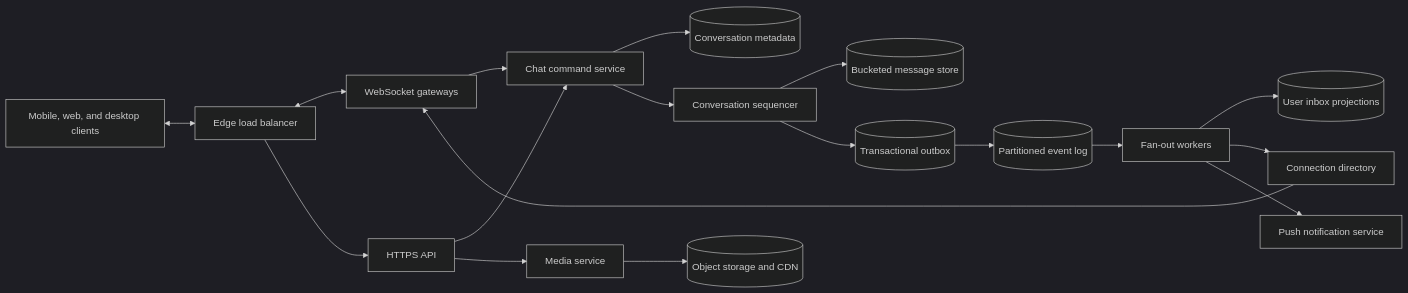
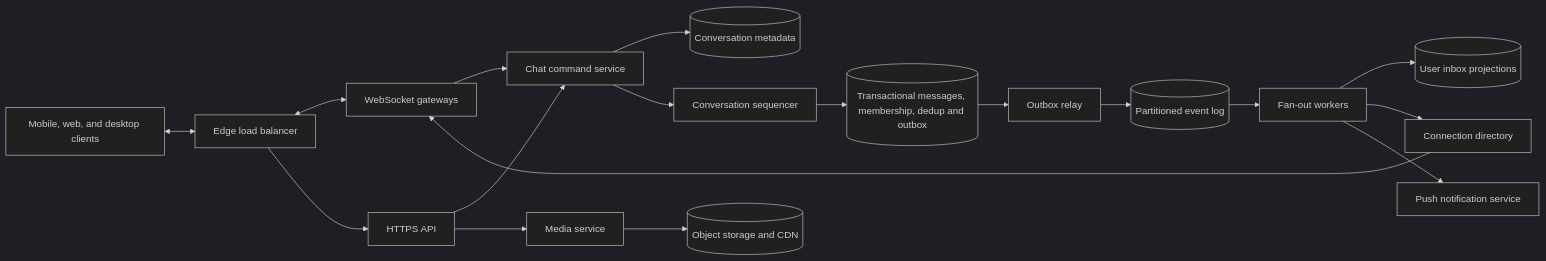
The second of 5 diagrams in chat-app-system-design.md (Pranshu258/system-design), drawn with Mermaid (dark theme) before and after one commit. The commit also changed other lines of this file and 23 other files, not shown here.

````diff
--- a/chat-app-system-design.md
+++ b/chat-app-system-design.md
@@ -238,20 +243,20 @@
 ```mermaid
 flowchart LR
     C["Mobile, web, and desktop clients"] <--> EDGE["Edge load balancer"]
     EDGE <--> GW["WebSocket gateways"]
     EDGE --> API["HTTPS API"]
     GW --> CMD["Chat command service"]
     API --> CMD
     CMD --> META[("Conversation metadata")]
     CMD --> SEQ["Conversation sequencer"]
-    SEQ --> MSG[("Bucketed message store")]
-    SEQ --> OUT[("Transactional outbox")]
+    SEQ --> MSG[("Transactional messages, membership, dedup and outbox")]
+    MSG --> OUT["Outbox relay"]
     OUT --> LOG[("Partitioned event log")]
     LOG --> FAN["Fan-out workers"]
     FAN --> INBOX[("User inbox projections")]
     FAN --> DIR["Connection directory"]
     DIR --> GW
     FAN --> PUSH["Push notification service"]
     API --> MEDIA["Media service"]
     MEDIA --> OBJ[("Object storage and CDN")]
 ```
````
